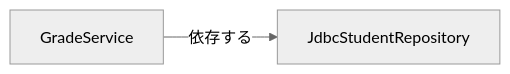
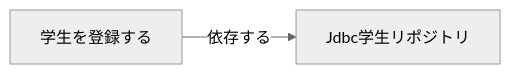
One commit to YTS0418/PRMN_SYSTEM_Lecture changed the first of 6 diagrams in 4層アーキテクチャ/03_依存の向きとインタフェース.md. Above: the diagram before and after it, drawn with Mermaid (neutral theme). The commit also changed other lines of this file and 14 other files, not shown here.

````diff
--- a/4層アーキテクチャ/03_依存の向きとインタフェース.md
+++ b/4層アーキテクチャ/03_依存の向きとインタフェース.md
@@ -38,4 +38,4 @@
 ```mermaid
 flowchart LR
-    A["GradeService"] -->|依存する| B["JdbcStudentRepository"]
+    A["学生を登録する"] -->|依存する| B["Jdbc学生リポジトリ"]
 ```
````
